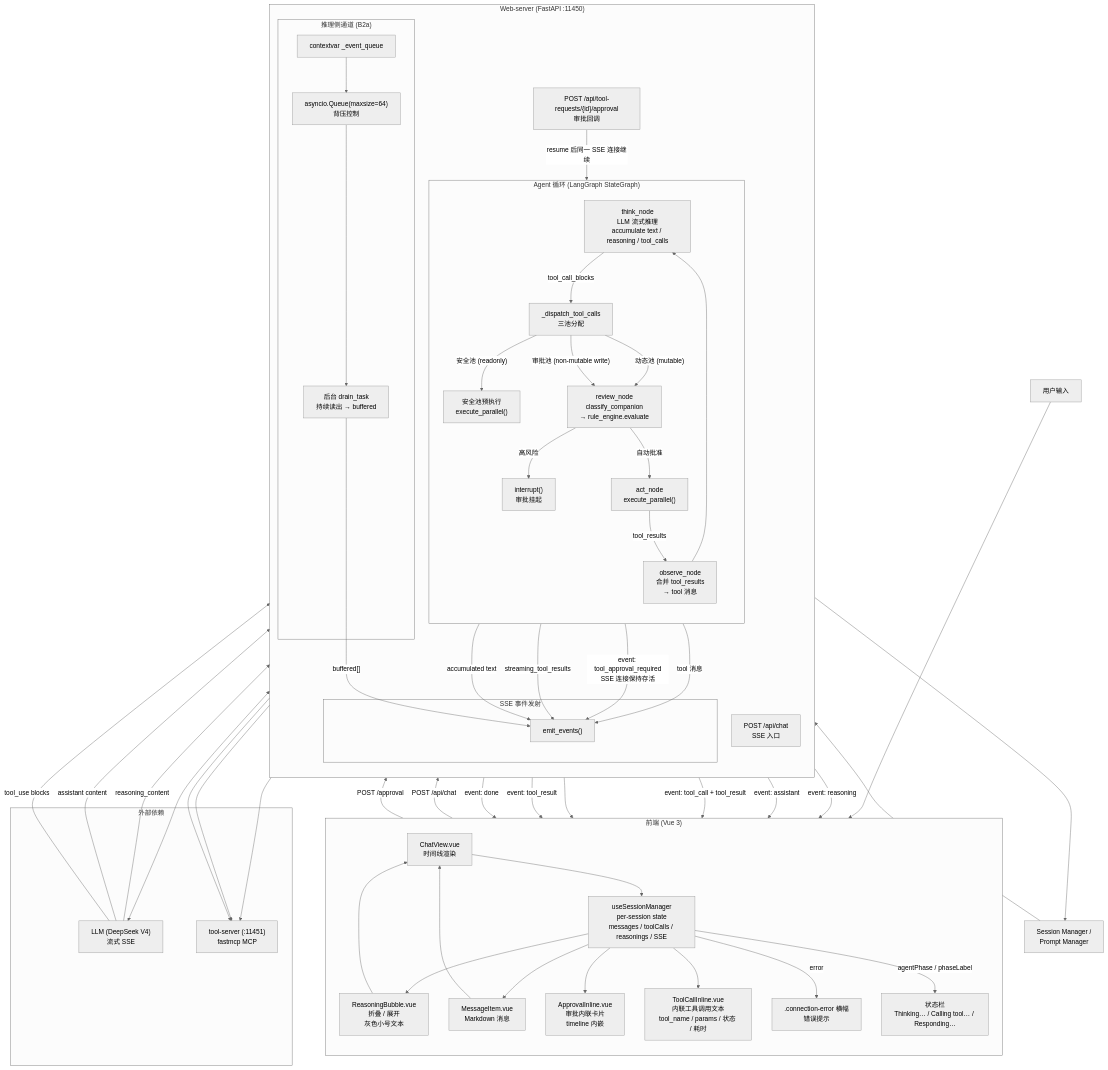
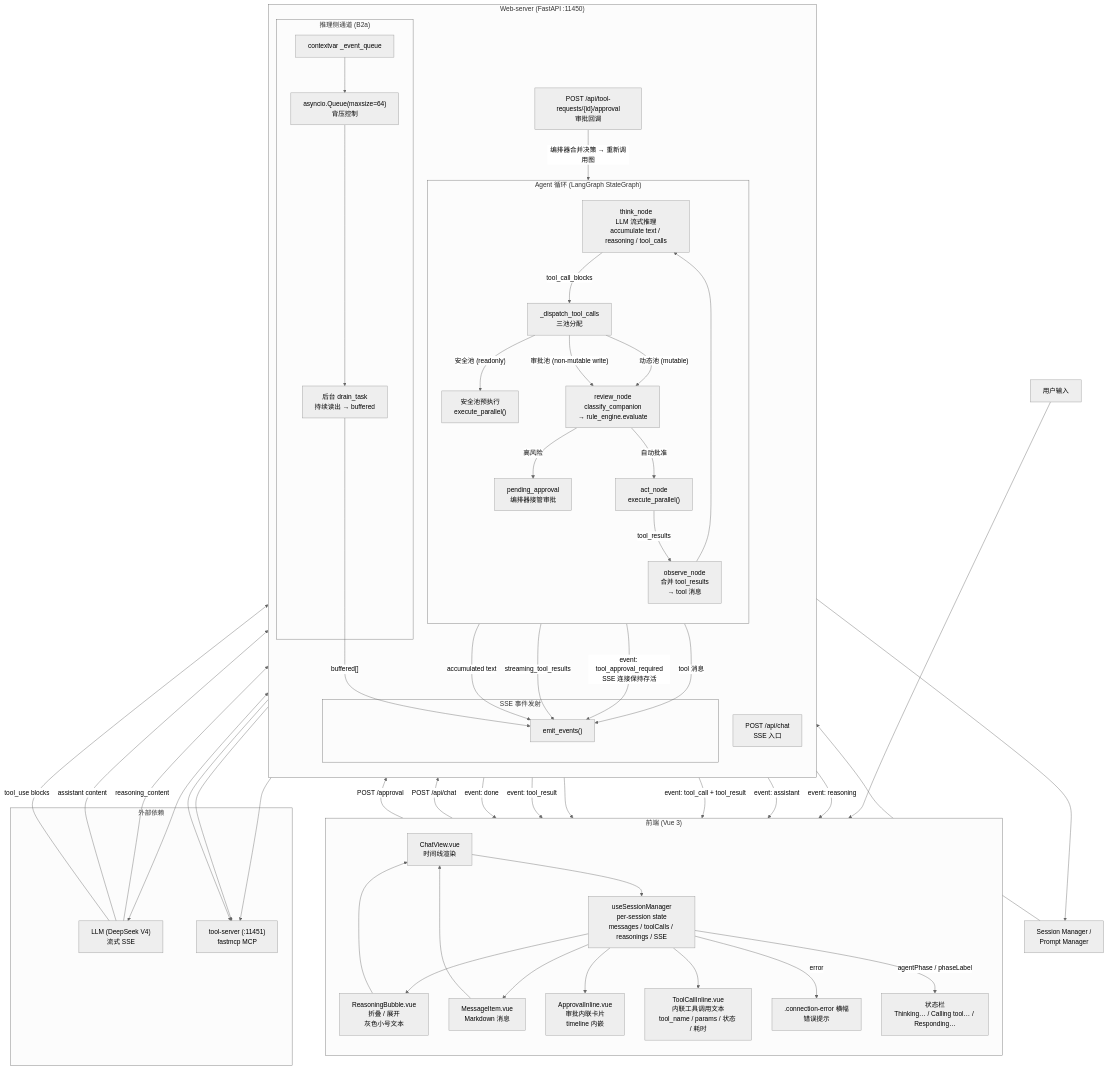
One commit to nazzeDe/alascup-agent changed diagram 11 of 14 in web-server/graph.md. Above: the diagram before and after it, drawn with Mermaid (neutral theme). The commit also changed other lines of this file and 35 other files, not shown here.

```diff
--- a/web-server/graph.md
+++ b/web-server/graph.md
@@ -783,7 +784,7 @@
             dispatch["_dispatch_tool_calls<br/>三池分配"]
             pre_exec["安全池预执行<br/>execute_parallel()"]
             review["review_node<br/>classify_companion<br/>→ rule_engine.evaluate"]
-            interrupt["interrupt()<br/>审批挂起"]
+            pending_approval["pending_approval<br/>编排器接管审批"]
             act["act_node<br/>execute_parallel()"]
             observe["observe_node<br/>合并 tool_results<br/>→ tool 消息"]
         end
@@ -838,12 +839,12 @@
     emit -- "event: tool_call + tool_result" --> session_mgr
 
     review --> tool_server
-    review -- "高风险" --> interrupt
-    interrupt -- "event: tool_approval_required<br/>SSE 连接保持存活" --> emit
+    review -- "高风险" --> pending_approval
+    pending_approval -- "event: tool_approval_required<br/>SSE 连接保持存活" --> emit
     emit --> session_mgr
     session_mgr --> approval_inline
     approval_inline -- "POST /approval" --> api_approval
-    api_approval -- "resume 后同一 SSE 连接继续" --> act
+    api_approval -- "编排器合并决策 → 重新调用图" --> act
 
     review -- "自动批准" --> act
     act --> tool_server
```
